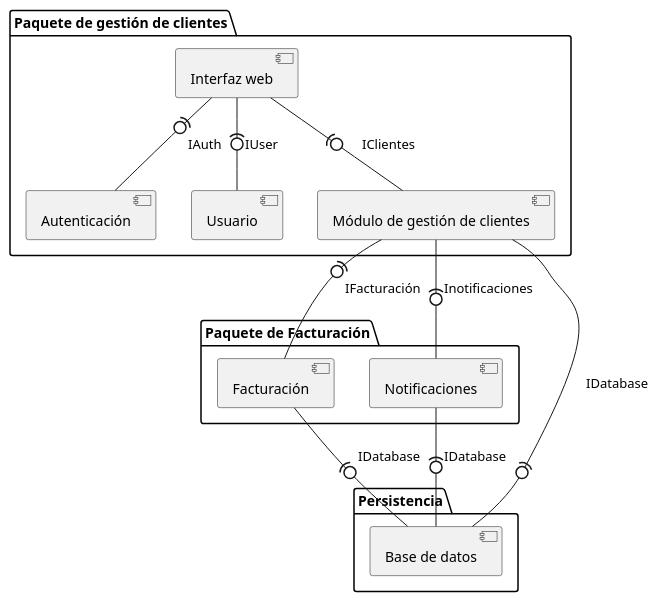
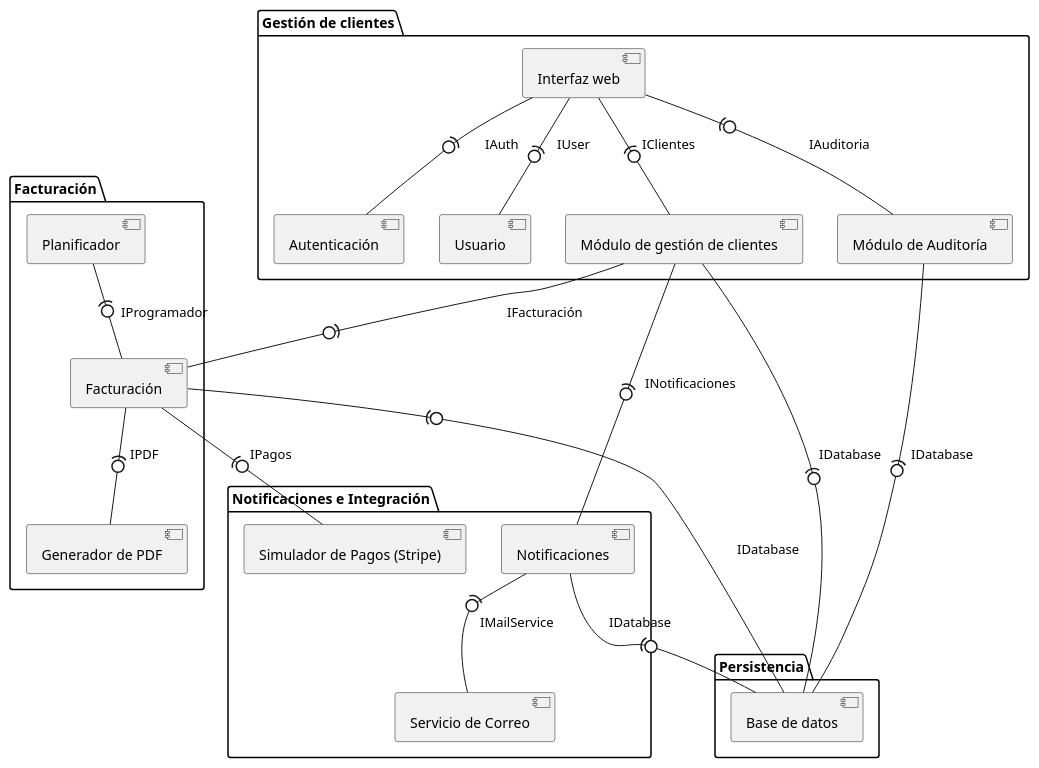
One commit to Alejandro96pr/metodoDelCasoADAP changed the diagram in DiagramaComponentes.puml. Above: the diagram before and after it, drawn with PlantUML.

Commit message:
Mejora de DiagramaComponentes.puml
Mejoras a lo mínimo pedido del diagrama de componentes

```diff
--- a/DiagramaComponentes.puml
+++ b/DiagramaComponentes.puml
@@ -1,28 +1,47 @@
 @startuml
-package "Paquete de gestión de clientes" {
+skinparam componentStyle uml2
+skinparam shadowing false
+
+package "Gestión de clientes" {
   [Interfaz web] as web
   [Autenticación] as auth
   [Usuario] as user
   [Módulo de gestión de clientes] as clientes
+  [Módulo de Auditoría] as audit
 }
 
-package "Paquete de Facturación" {
+package "Facturación" {
   [Facturación] as fact
+  [Planificador] as planif
+  [Generador de PDF] as pdf
+}
+
+package "Notificaciones e Integración" {
   [Notificaciones] as notif
+  [Servicio de Correo] as mail
+  [Simulador de Pagos (Stripe)] as stripe
 }
 
 package "Persistencia" {
   [Base de datos] as database
 }
 
 web -(0- auth : IAuth
 web -(0- user : IUser
 web -(0- clientes : IClientes
+web -(0- audit : IAuditoria
 
 clientes -(0- fact : IFacturación
-clientes -(0- notif : Inotificaciones
+clientes -(0- notif : INotificaciones
 clientes -(0- database : IDatabase
 
 fact -(0- database : IDatabase
+fact -(0- pdf : IPDF
+fact -(0- stripe : IPagos
+planif -(0- fact : IProgramador
+
+notif -(0- mail : IMailService
 notif -(0- database : IDatabase
+
+audit -(0- database : IDatabase
 @enduml
```
